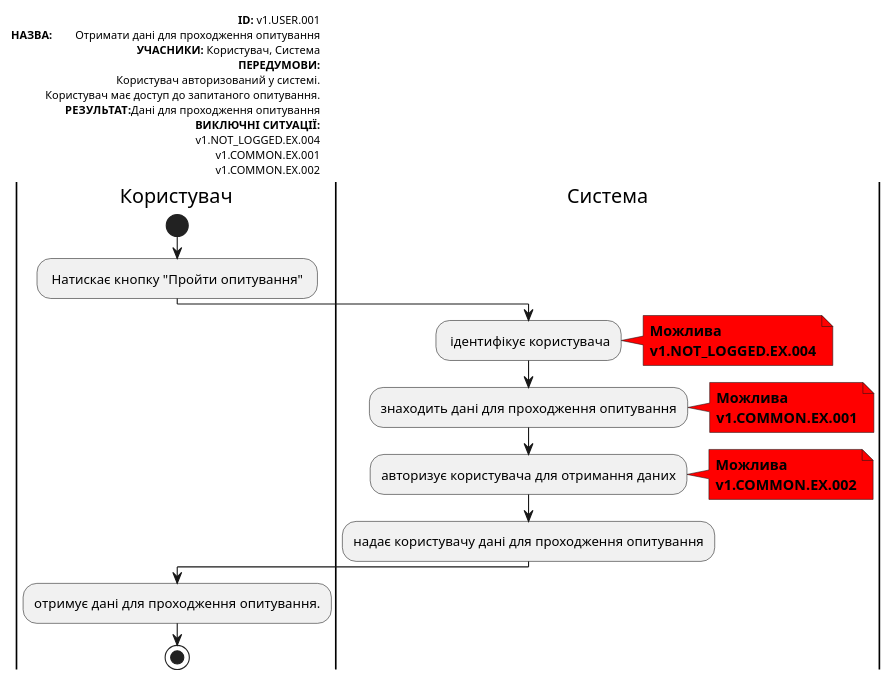
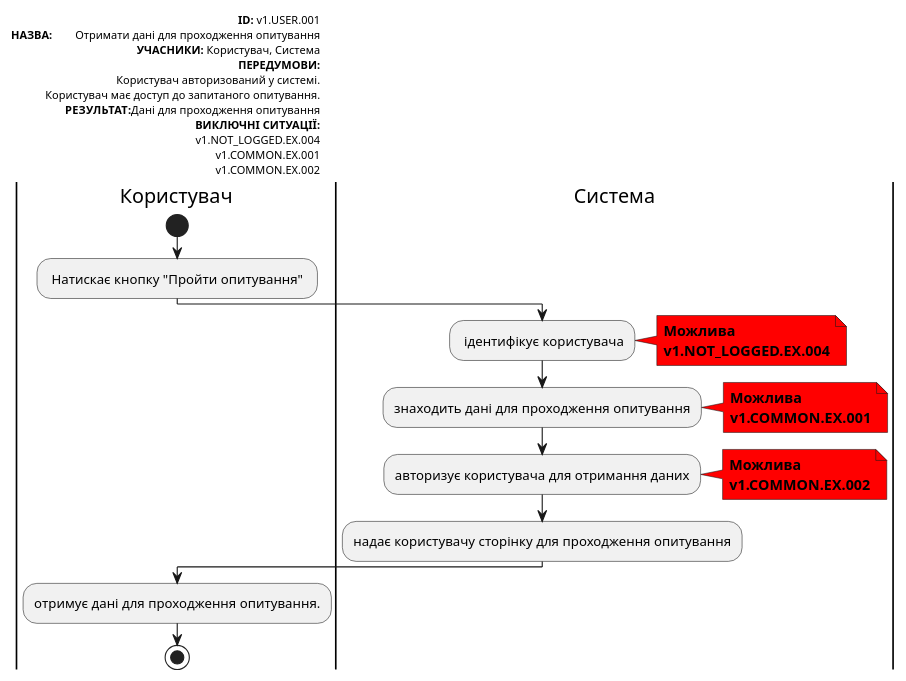
Before and after one commit to Znskiy/survey-expert: the third of 18 diagrams in docs/use cases/README.md, drawn with PlantUML. The commit also changed other lines of this file, not shown here.

```diff
--- a/docs/use cases/README.md
+++ b/docs/use cases/README.md
@@ -107,50 +107,50 @@
   @startuml
 
       left header
            <font color=000 size=10><b>ID:</b> v1.USER.001
            <font color=000 size=10><b>НАЗВА:</b> 	Отримати дані для проходження опитування
            <font color=000 size=10><b>УЧАСНИКИ:</b> Користувач, Система
            <font color=000 size=10><b>ПЕРЕДУМОВИ:</b>
            <font color=000 size=10>Користувач авторизований у системі.
            <font color=000 size=10>Користувач має доступ до запитаного опитування.
            <font color=000 size=10><b>РЕЗУЛЬТАТ:</b>Дані для проходження опитування
            <font color=000 size=10><b>ВИКЛЮЧНІ СИТУАЦІЇ:</b>
            <font color=000 size=10>v1.NOT_LOGGED.EX.004
            <font color=000 size=10>v1.COMMON.EX.001
            <font color=000 size=10>v1.COMMON.EX.002
        end header
 
        |Користувач|
            start
            : Натискає кнопку "Пройти опитування" ;
 
        |Система|
            : ідентифікує користувача;
 
            note right #ff0000
            <b>Можлива</b>
            <b>v1.NOT_LOGGED.EX.004</b>
            end note
 
            :знаходить дані для проходження опитування;
 
            note right #ff0000
            <b>Можлива</b>
            <b>v1.COMMON.EX.001</b>
            end note
 
            :авторизує користувача для отримання даних;
 
            note right #ff0000
            <b>Можлива</b>
            <b>v1.COMMON.EX.002</b>
            end note
 
-           :надає користувачу дані для проходження опитування;
+           :надає користувачу сторінку для проходження опитування;
 
        |Користувач|
 
        :отримує дані для проходження опитування.;
            stop;
 
   @enduml
```
